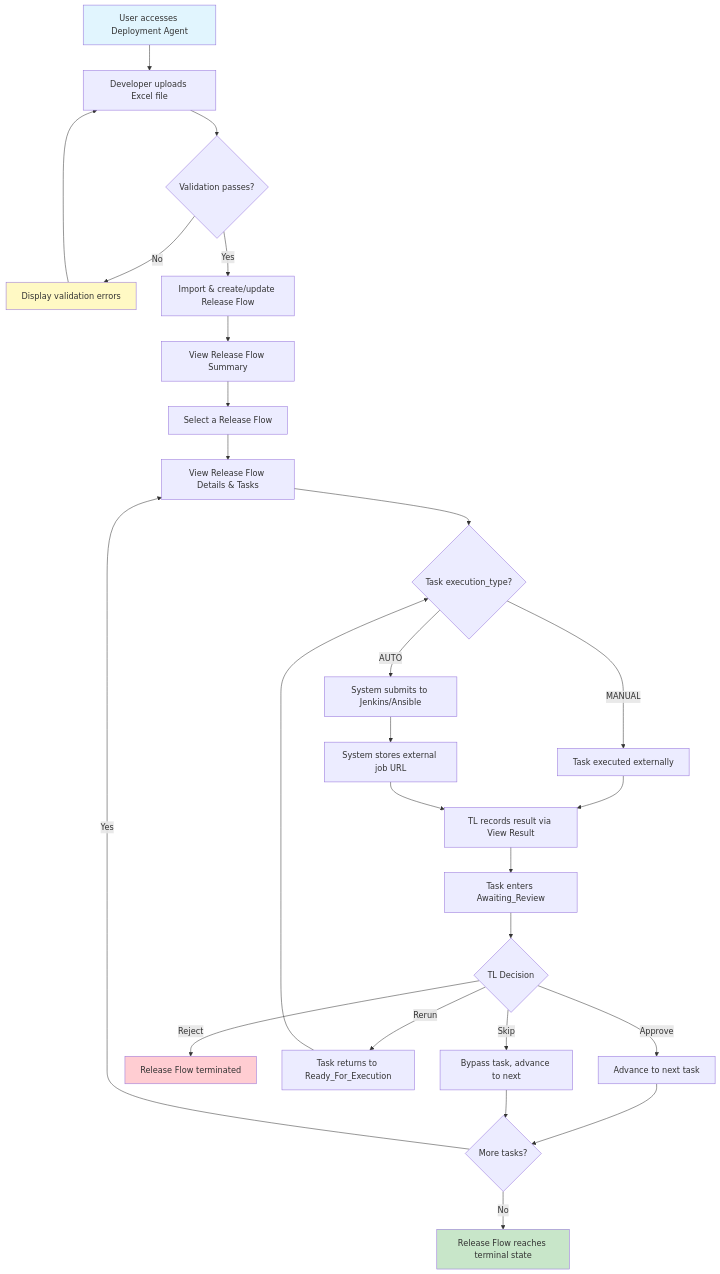
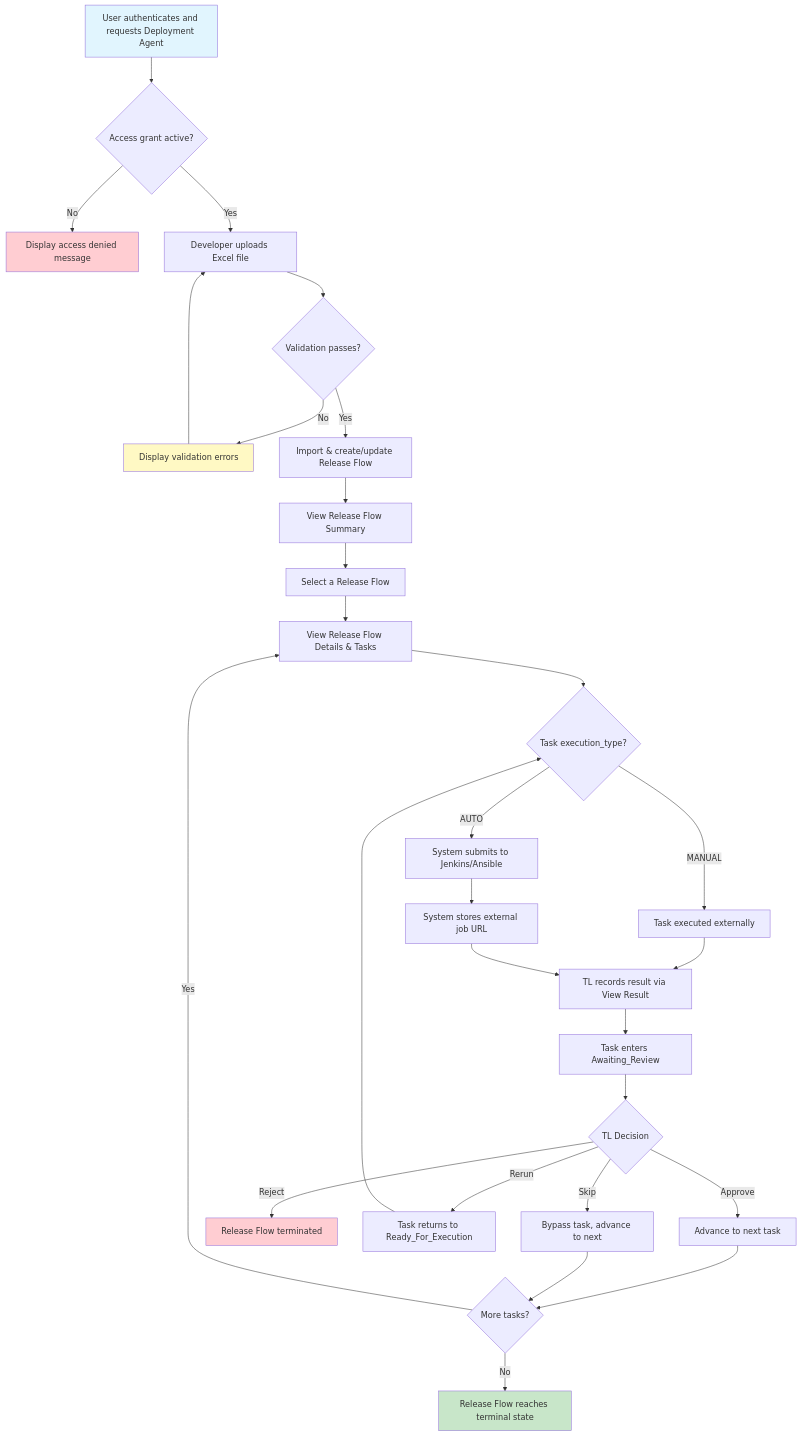
One commit to wwa-lab/deployment-agent changed the diagram in docs/03-spec/spec.md. Above: the diagram before and after it, drawn with Mermaid. The commit also changed other lines of this file and 11 other files, not shown here.

````diff
--- a/docs/03-spec/spec.md
+++ b/docs/03-spec/spec.md
@@ -343,36 +398,39 @@
 ```mermaid
 flowchart TD
-    A[User accesses Deployment Agent] --> B[Developer uploads Excel file]
+    A[User authenticates and requests Deployment Agent] --> A1{Access grant active?}
+    A1 -- No --> A2[Display access denied message]
+    A1 -- Yes --> B[Developer uploads Excel file]
     B --> C{Validation passes?}
     C -- No --> D[Display validation errors]
     D --> B
     C -- Yes --> E[Import & create/update Release Flow]
     E --> F[View Release Flow Summary]
     F --> G[Select a Release Flow]
     G --> H[View Release Flow Details & Tasks]
     H --> I{Task execution_type?}
 
     I -- MANUAL --> J[Task executed externally]
     J --> K[TL records result via View Result]
     I -- AUTO --> L[System submits to Jenkins/Ansible]
     L --> M[System stores external job URL]
     M --> K
 
     K --> N[Task enters Awaiting_Review]
     N --> O{TL Decision}
     O -- Approve --> P[Advance to next task]
     O -- Reject --> Q[Release Flow terminated]
     O -- Rerun --> R[Task returns to Ready_For_Execution]
     R --> I
     O -- Skip --> S[Bypass task, advance to next]
 
     P --> T{More tasks?}
     S --> T
     T -- Yes --> H
     T -- No --> U[Release Flow reaches terminal state]
 
     style A fill:#e1f5fe
+    style A2 fill:#ffcdd2
     style U fill:#c8e6c9
     style Q fill:#ffcdd2
     style D fill:#fff9c4
 ```
````
